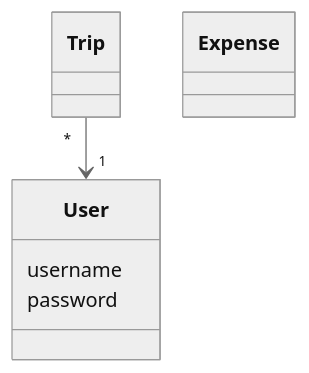
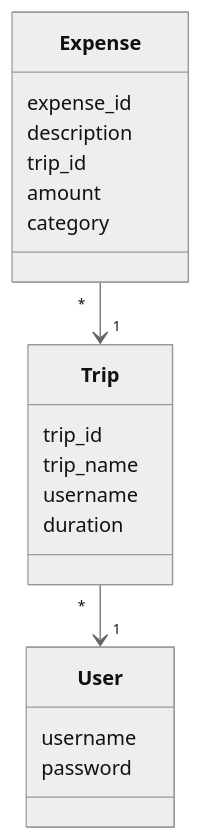
The diagram in travel-budget-app/documentation/architecture.md (gabikakol/ot-exercise), drawn with Mermaid (neutral theme) before and after one commit.

````diff
--- a/travel-budget-app/documentation/architecture.md
+++ b/travel-budget-app/documentation/architecture.md
@@ -30,13 +30,23 @@
 ```mermaid
 classDiagram
-        
+    
+    Expense "*" --> "1" Trip
     Trip "*" --> "1" User
     class User{
         username
         password
     }
     class Trip{
+        trip_id
+        trip_name
+        username
+        duration
     }
     class Expense{
+        expense_id
+        description
+        trip_id
+        amount
+        category
     }
 ```
````
